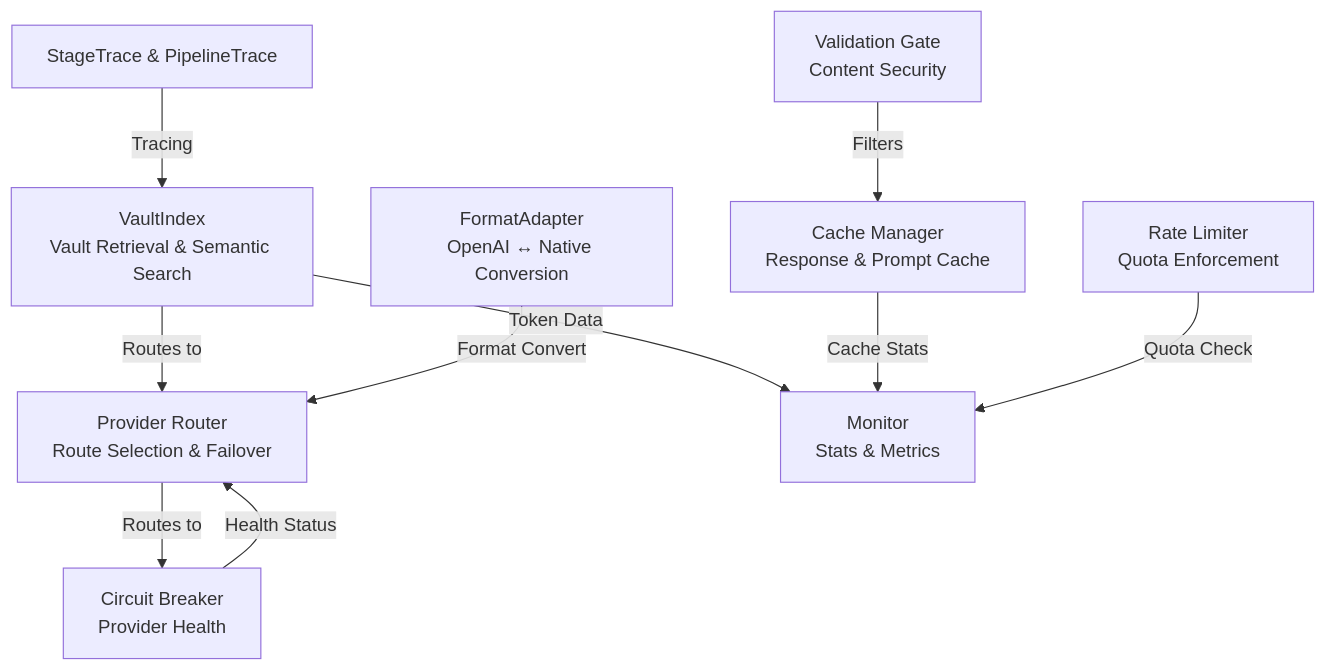
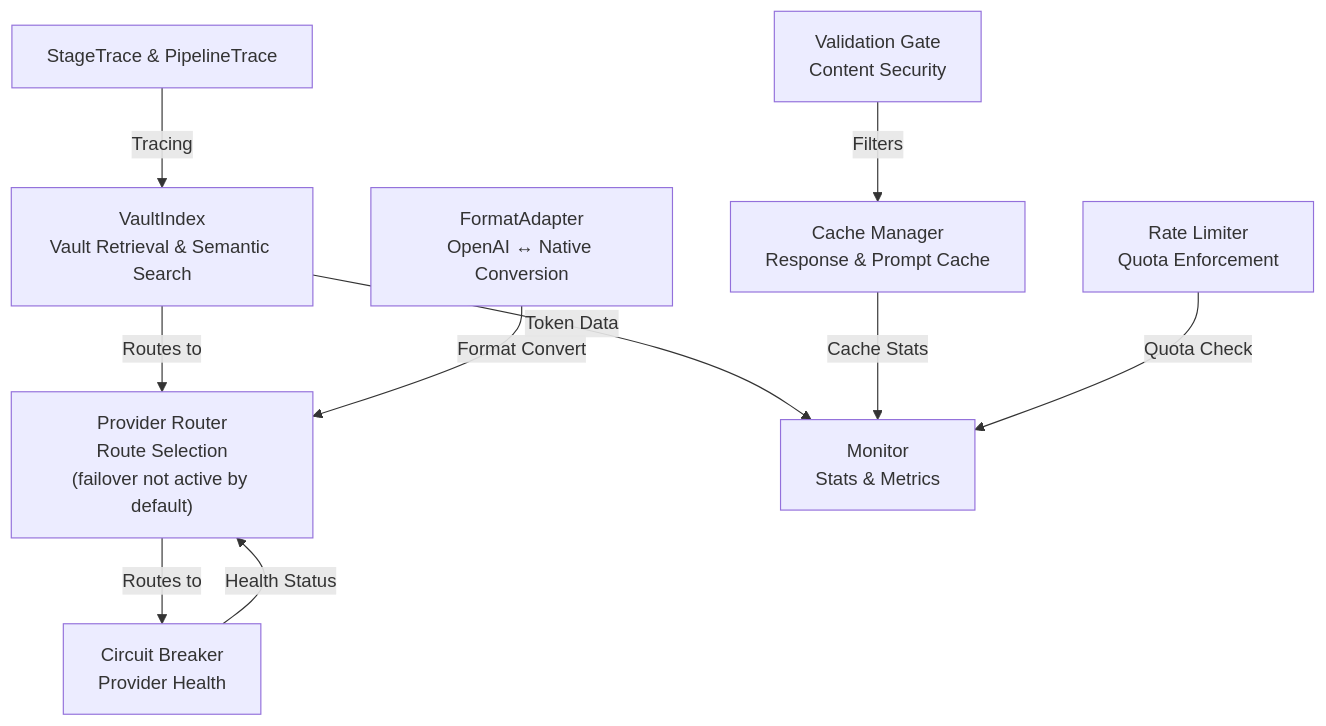
The third of 3 diagrams in docs/architecture.md (tokenpak/docs), drawn with Mermaid before and after one commit. The commit also changed other lines of this file and 12 other files, not shown here.

````diff
--- a/docs/architecture.md
+++ b/docs/architecture.md
@@ -172,22 +172,22 @@
 ```mermaid
 graph TD
     A["StageTrace & PipelineTrace"]
     B["VaultIndex<br/>Vault Retrieval & Semantic Search"]
-    C["Provider Router<br/>Route Selection & Failover"]
+    C["Provider Router<br/>Route Selection<br/>(failover not active by default)"]
     D["Validation Gate<br/>Content Security"]
     E["Cache Manager<br/>Response & Prompt Cache"]
     F["Rate Limiter<br/>Quota Enforcement"]
     G["Monitor<br/>Stats & Metrics"]
     H["FormatAdapter<br/>OpenAI ↔ Native Conversion"]
     I["Circuit Breaker<br/>Provider Health"]
 
     A -->|Tracing| B
     B -->|Token Data| G
     B -->|Routes to| C
     C -->|Routes to| I
     D -->|Filters| E
     E -->|Cache Stats| G
     F -->|Quota Check| G
     H -->|Format Convert| C
     I -->|Health Status| C
 ```
````
